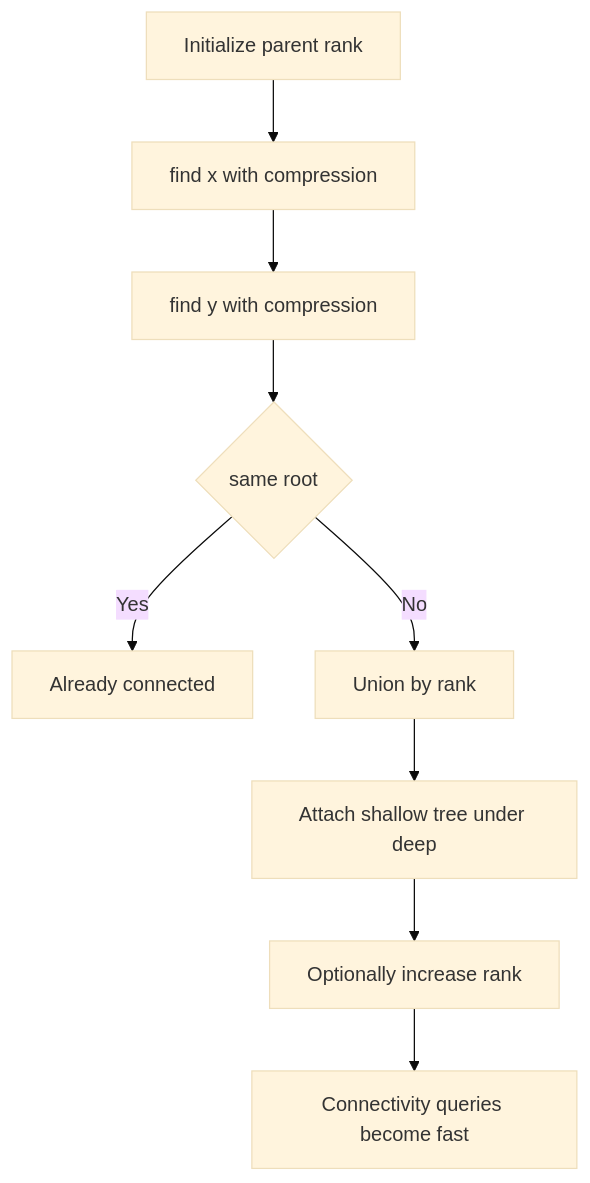
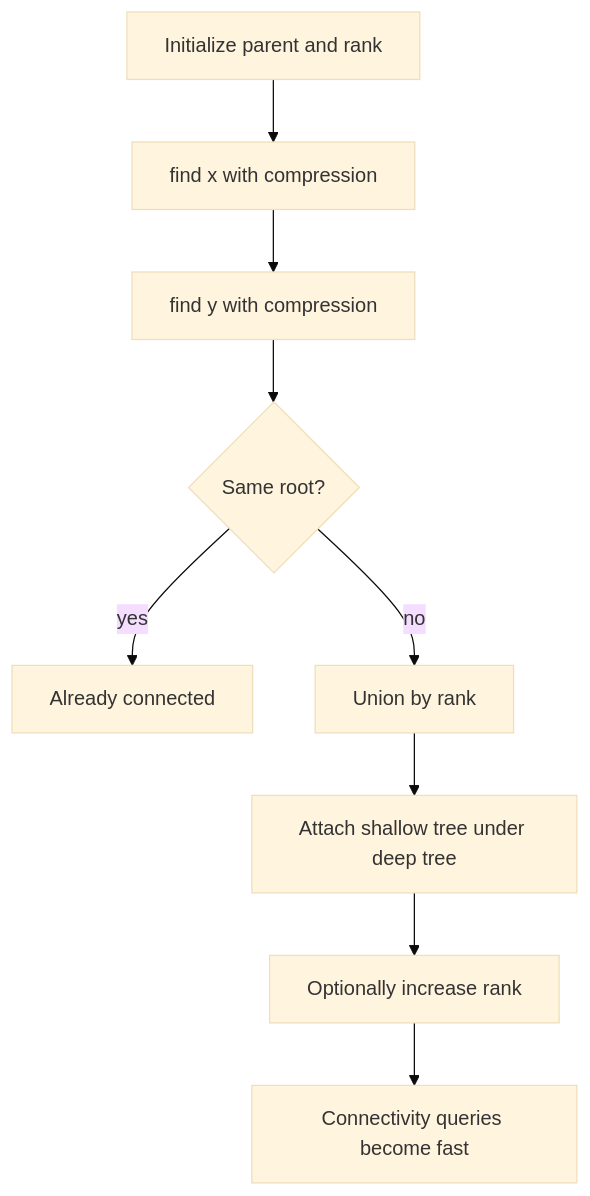
The diagram in content/docs/algorithms/algorithm-architect/06-union-find/01-union-find.md (choisimo/document), drawn with Mermaid (base theme) before and after one commit. The commit also changed other lines of this file and 432 other files, not shown here.

````diff
--- a/content/docs/algorithms/algorithm-architect/06-union-find/01-union-find.md
+++ b/content/docs/algorithms/algorithm-architect/06-union-find/01-union-find.md
@@ -12,11 +73,11 @@
 ```mermaid
 flowchart TD
-    A[Initialize parent rank] --> B[find x with compression]
+    A[Initialize parent and rank] --> B[find x with compression]
     B --> C[find y with compression]
-    C --> D{same root}
-    D -- Yes --> E[Already connected]
-    D -- No --> F[Union by rank]
-    F --> G[Attach shallow tree under deep]
+    C --> D{Same root?}
+    D -- yes --> E[Already connected]
+    D -- no --> F[Union by rank]
+    F --> G[Attach shallow tree under deep tree]
     G --> H[Optionally increase rank]
     H --> I[Connectivity queries become fast]
 ```
````
